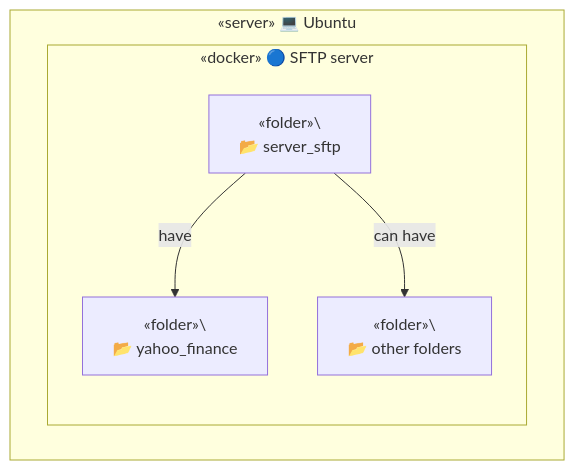
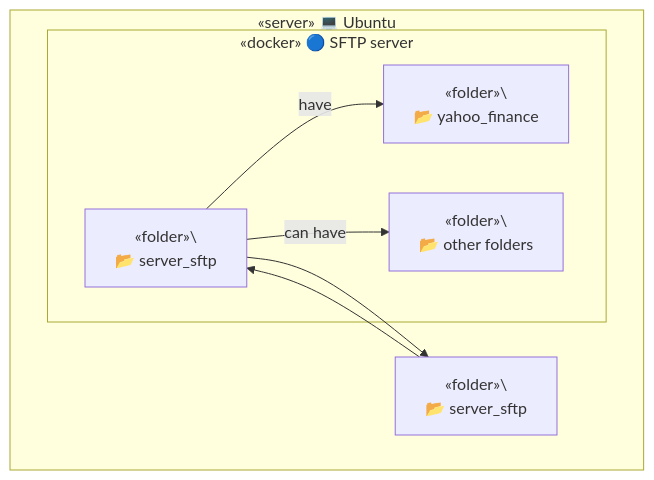
Before and after one commit to TrulyDigital/DATA_STREET: the third of 4 diagrams in server_sftp/README.md, drawn with Mermaid.

Commit message:
update: server_sftp README.md

````diff
--- a/server_sftp/README.md
+++ b/server_sftp/README.md
@@ -30,13 +30,17 @@
 ```mermaid
 graph TD
     subgraph Container_A [«server» 💻 Ubuntu]
-        subgraph Contenedor_A [«docker» 🔵 SFTP server]
-            A1[«folder»\<br/> 📂 server_sftp]
-            A2[«folder»\<br/> 📂 yahoo_finance]
-            A3[«folder»\<br/> 📂 other folders]
+        A1[«folder»\<br/> 📂 server_sftp]
+        subgraph Container_B [«docker» 🔵 SFTP server]
+            B1[«folder»\<br/> 📂 server_sftp]
+            B2[«folder»\<br/> 📂 yahoo_finance]
+            B3[«folder»\<br/> 📂 other folders]
         end
 
-        A1 -- have --> A2
-        A1 -- can have --> A3
+        A1 --> B1
+        B1 --> A1
+
+        B1 -- have --> B2
+        B1 -- can have --> B3
     end
 ```
````
